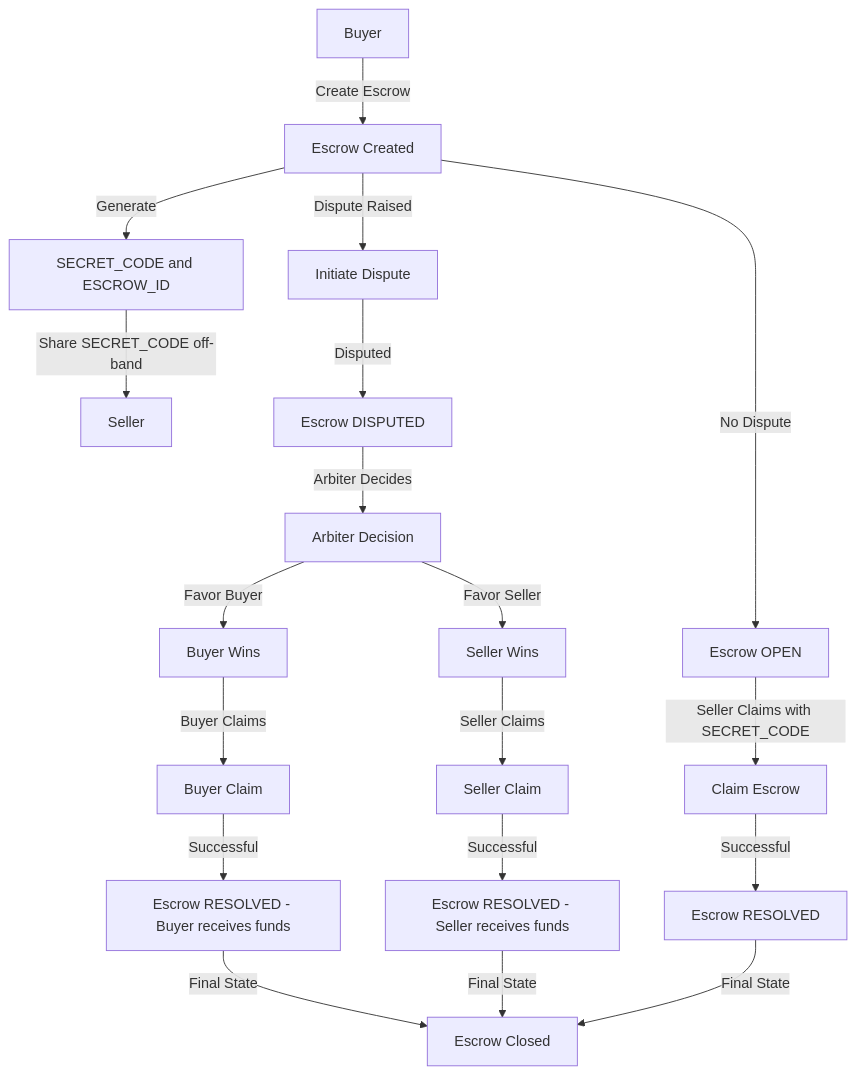
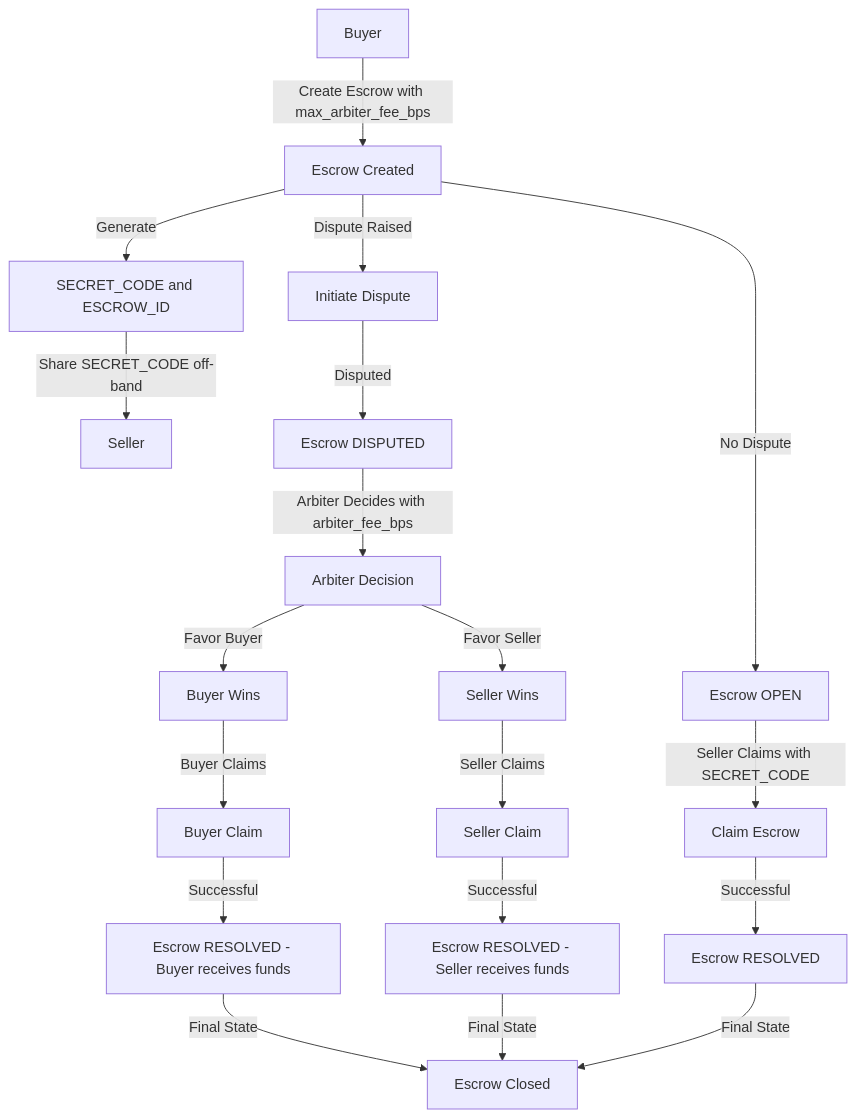
The diagram in README.md (harsh-ps-2003/escrow), drawn with Mermaid before and after one commit. The commit also changed other lines of this file and 3 other files, not shown here.

````diff
--- a/README.md
+++ b/README.md
@@ -82,21 +85,21 @@
 ```mermaid
 graph TD
-    A[Buyer] -->|Create Escrow| B[Escrow Created]
+    A[Buyer] -->|Create Escrow with max_arbiter_fee_bps| B[Escrow Created]
     B -->|Generate| C[SECRET_CODE and ESCROW_ID]
     C -->|Share SECRET_CODE off-band| D[Seller]
     B -->|No Dispute| E[Escrow OPEN]
     E -->|Seller Claims with SECRET_CODE| F[Claim Escrow]
     F -->|Successful| G[Escrow RESOLVED]
     B -->|Dispute Raised| H[Initiate Dispute]
     H -->|Disputed| I[Escrow DISPUTED]
-    I -->|Arbiter Decides| J[Arbiter Decision]
+    I -->|Arbiter Decides with arbiter_fee_bps| J[Arbiter Decision]
     J -->|Favor Buyer| K[Buyer Wins]
     K -->|Buyer Claims| L[Buyer Claim]
     L -->|Successful| M[Escrow RESOLVED - Buyer receives funds]
     J -->|Favor Seller| N[Seller Wins]
     N -->|Seller Claims| O[Seller Claim]
     O -->|Successful| P[Escrow RESOLVED - Seller receives funds]
     M -->|Final State| Q[Escrow Closed]
     P -->|Final State| Q
     G -->|Final State| Q
 ```
````
